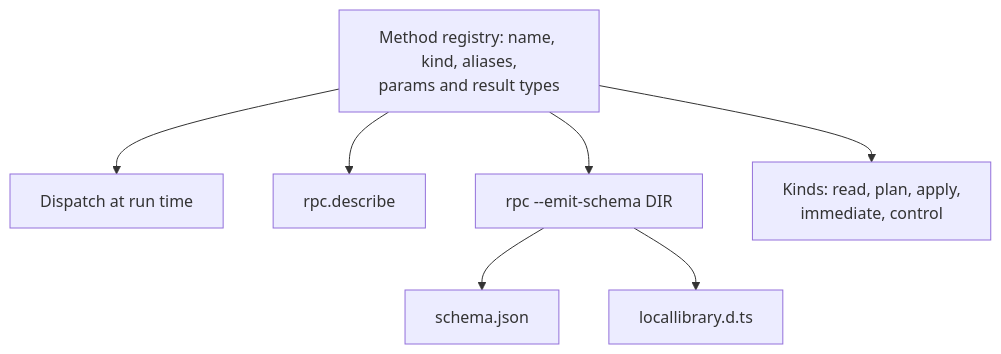
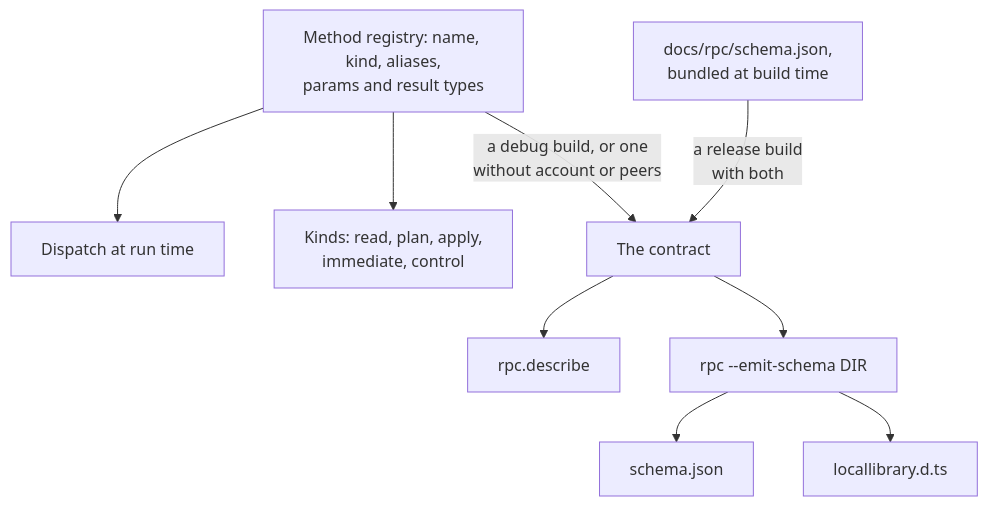
One commit to cutenode/localnetwork changed the tenth of 10 diagrams in apps/locallibrary/docs/diagrams/sidecar.md. Above: the diagram before and after it, drawn with Mermaid. The commit also changed other lines of this file and 6 other files, not shown here.

First line of the commit message:
docs(locallibrary): bring the diagrams up to date with the code

````diff
--- a/apps/locallibrary/docs/diagrams/sidecar.md
+++ b/apps/locallibrary/docs/diagrams/sidecar.md
@@ -213,9 +213,11 @@
 ```mermaid
 flowchart TD
     registry["Method registry: name, kind, aliases,<br/>params and result types"] --> dispatch["Dispatch at run time"]
-    registry --> describe["rpc.describe"]
-    registry --> emit["rpc --emit-schema DIR"]
+    registry --> kinds["Kinds: read, plan, apply,<br/>immediate, control"]
+    registry -->|"a debug build, or one<br/>without account or peers"| contract["The contract"]
+    docs["docs/rpc/schema.json,<br/>bundled at build time"] -->|"a release build<br/>with both"| contract
+    contract --> describe["rpc.describe"]
+    contract --> emit["rpc --emit-schema DIR"]
     emit --> schema["schema.json"]
     emit --> dts["locallibrary.d.ts"]
-    registry --> kinds["Kinds: read, plan, apply,<br/>immediate, control"]
 ```
````
